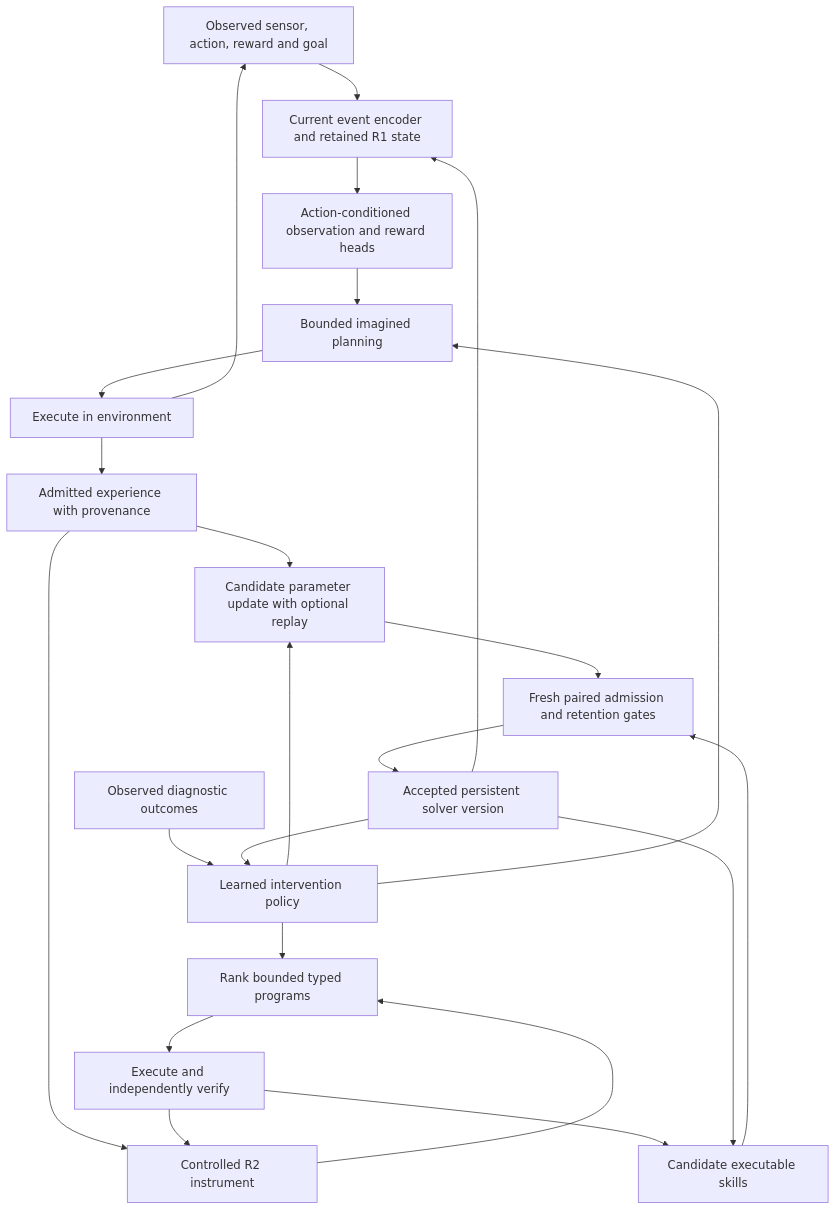
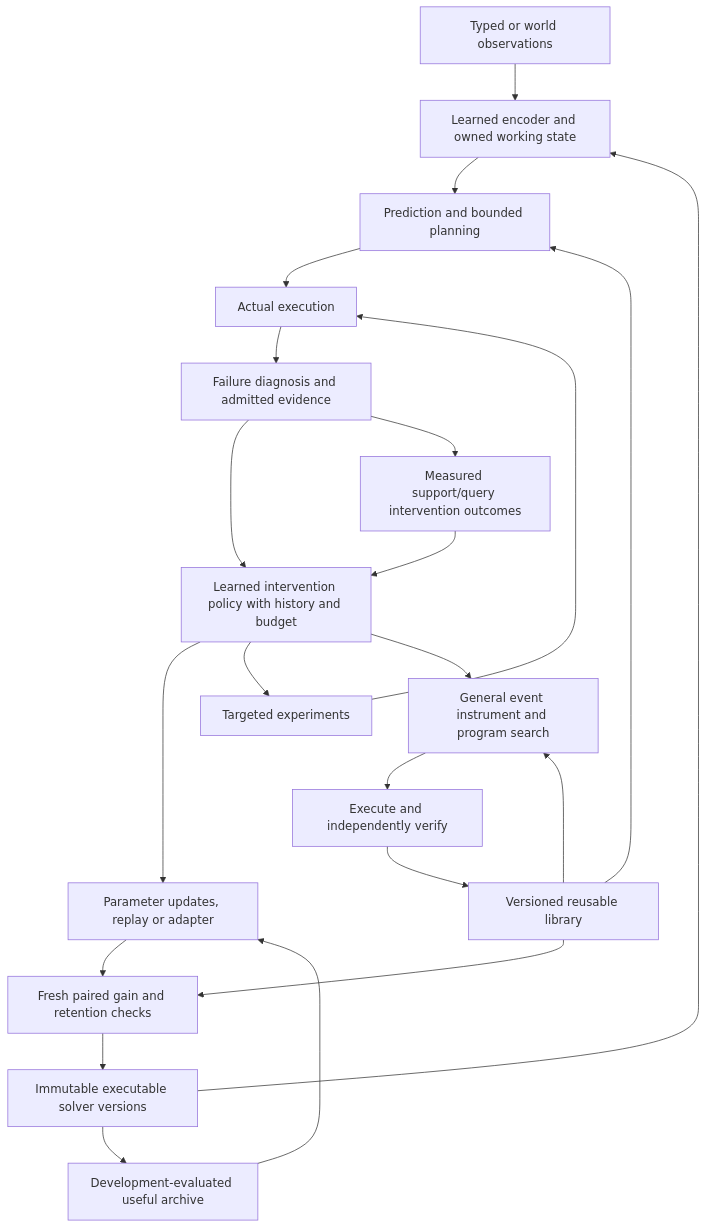
The diagram in research/architecture.md (Arnav123-s/sera), drawn with Mermaid before and after one commit. The commit also changed other lines of this file and 58 other files, not shown here.

Commit message:
Implement SERA architecture follow-through and controlled learning studies

````diff
--- a/research/architecture.md
+++ b/research/architecture.md
@@ -9,25 +7,24 @@
 ```mermaid
 flowchart TD
-    E[Observed sensor, action, reward and goal] --> H[Current event encoder and retained R1 state]
-    H --> W[Action-conditioned observation and reward heads]
-    W --> P[Bounded imagined planning]
-    P --> X[Execute in environment]
-    X --> E
-    X --> A[Admitted experience with provenance]
-    A --> U[Candidate parameter update with optional replay]
-    A --> I[Controlled R2 instrument]
-    I --> Q[Rank bounded typed programs]
-    Q --> V[Execute and independently verify]
-    V --> I
-    V --> S[Candidate executable skills]
-    D[Observed diagnostic outcomes] --> C[Learned intervention policy]
-    C --> U
-    C --> Q
-    C --> P
-    U --> G[Fresh paired admission and retention gates]
-    S --> G
-    G --> L[Accepted persistent solver version]
-    L --> H
-    L --> C
-    L --> S
+    O[Typed or world observations] --> E[Learned encoder and owned working state]
+    E --> P[Prediction and bounded planning]
+    P --> X[Actual execution]
+    X --> D[Failure diagnosis and admitted evidence]
+    D --> C[Learned intervention policy with history and budget]
+    C --> U[Parameter updates, replay or adapter]
+    C --> A[Targeted experiments]
+    A --> X
+    C --> R[General event instrument and program search]
+    R --> V[Execute and independently verify]
+    V --> L[Versioned reusable library]
+    L --> R
+    L --> P
+    U --> G[Fresh paired gain and retention checks]
+    L --> G
+    G --> S[Immutable executable solver versions]
+    S --> E
+    S --> H[Development-evaluated useful archive]
+    H --> U
+    D --> M[Measured support/query intervention outcomes]
+    M --> C
 ```
````
